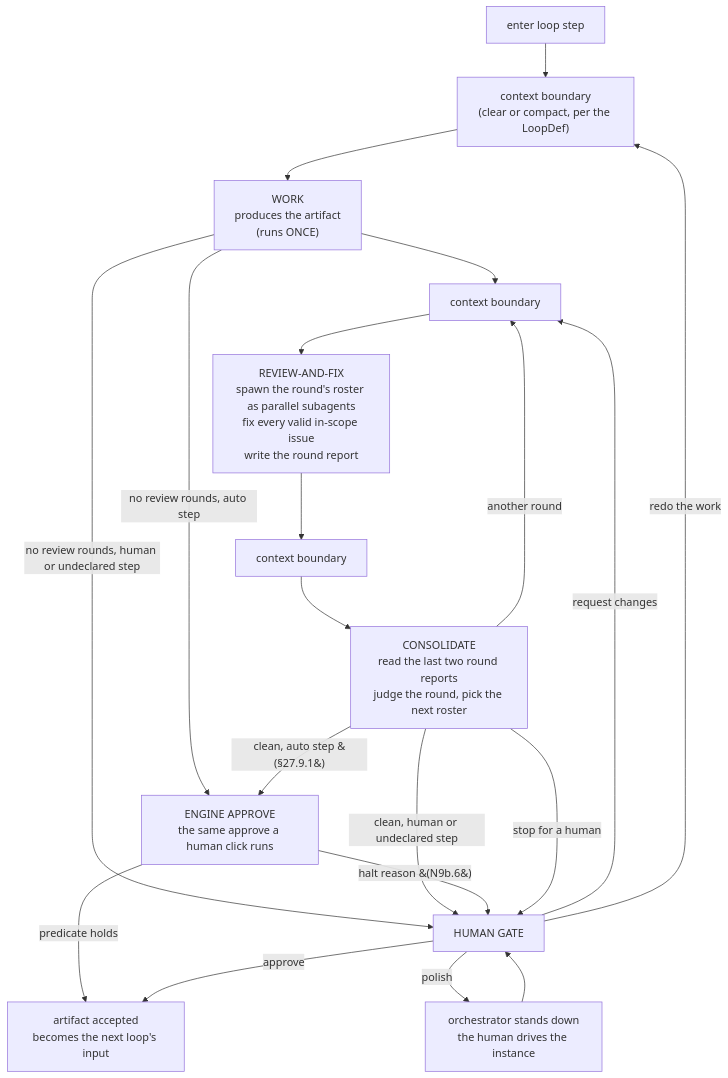
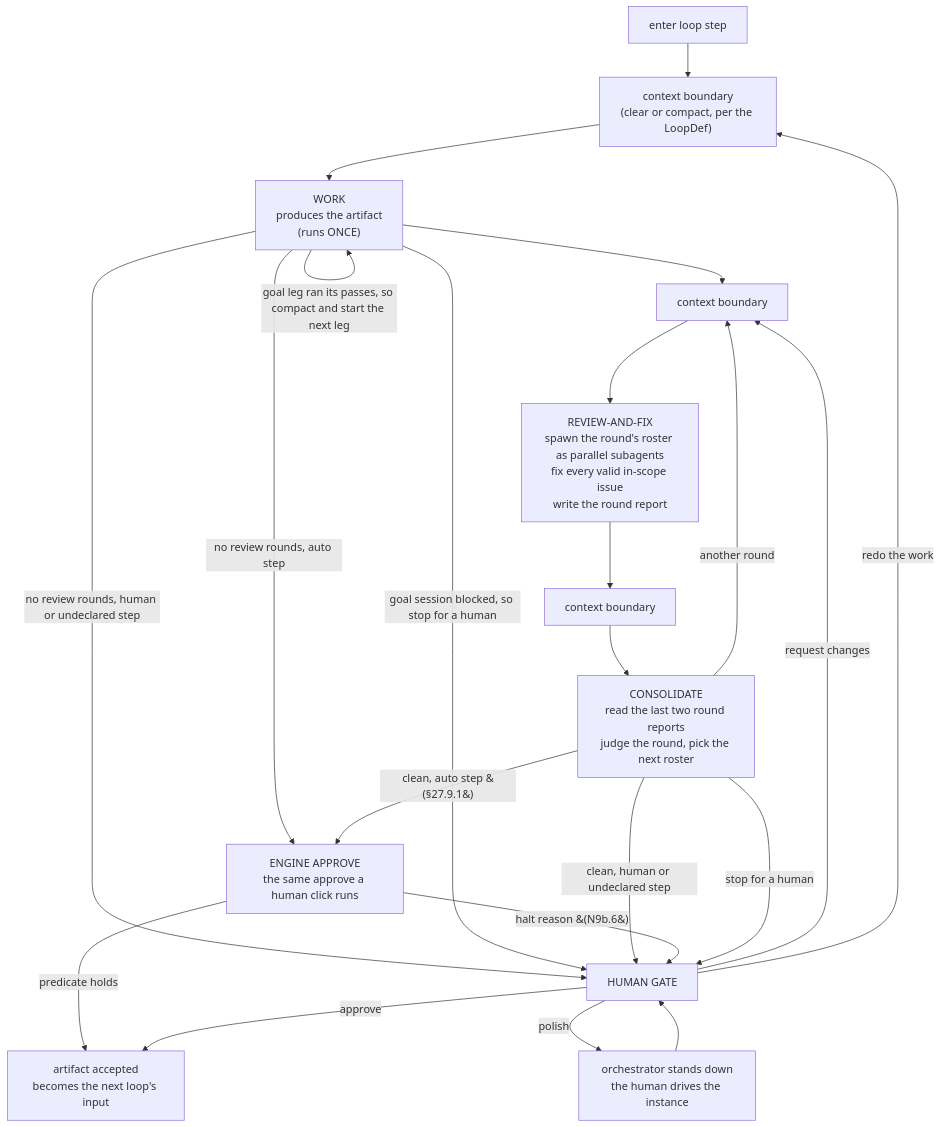
One commit to dylanb/agent-terminal changed the first of 3 diagrams in docs/spec/27-in-terminal-loop-engine-the-live-design.md. Above: the diagram before and after it, drawn with Mermaid. The commit also changed other lines of this file and 57 other files, not shown here.

````diff
--- a/docs/spec/27-in-terminal-loop-engine-the-live-design.md
+++ b/docs/spec/27-in-terminal-loop-engine-the-live-design.md
@@ -31,22 +31,24 @@
 ```mermaid
 flowchart TD
   START["enter loop step"] --> B0["context boundary<br/>(clear or compact, per the LoopDef)"]
   B0 --> WORK["WORK<br/>produces the artifact<br/>(runs ONCE)"]
   WORK --> B1["context boundary"]
   WORK -->|"no review rounds, human or undeclared step"| GATE
   WORK -->|"no review rounds, auto step"| ENGINE
+  WORK -->|"goal leg ran its passes, so compact and start the next leg"| WORK
+  WORK -->|"goal session blocked, so stop for a human"| GATE
   B1 --> RF["REVIEW-AND-FIX<br/>spawn the round's roster as parallel subagents<br/>fix every valid in-scope issue<br/>write the round report"]
   RF --> B2["context boundary"]
   B2 --> CONS["CONSOLIDATE<br/>read the last two round reports<br/>judge the round, pick the next roster"]
   CONS -->|"another round"| B1
   CONS -->|"clean, human or undeclared step"| GATE["HUMAN GATE"]
   CONS -->|"clean, auto step &#40;§27.9.1&#41;"| ENGINE["ENGINE APPROVE<br/>the same approve a human click runs"]
   ENGINE -->|"predicate holds"| DONE
   ENGINE -->|"halt reason &#40;N9b.6&#41;"| GATE
   CONS -->|"stop for a human"| GATE
   GATE -->|"request changes"| B1
   GATE -->|"redo the work"| B0
   GATE -->|"approve"| DONE["artifact accepted<br/>becomes the next loop's input"]
   GATE -->|"polish"| POLISH["orchestrator stands down<br/>the human drives the instance"]
   POLISH --> GATE
 ```
````
